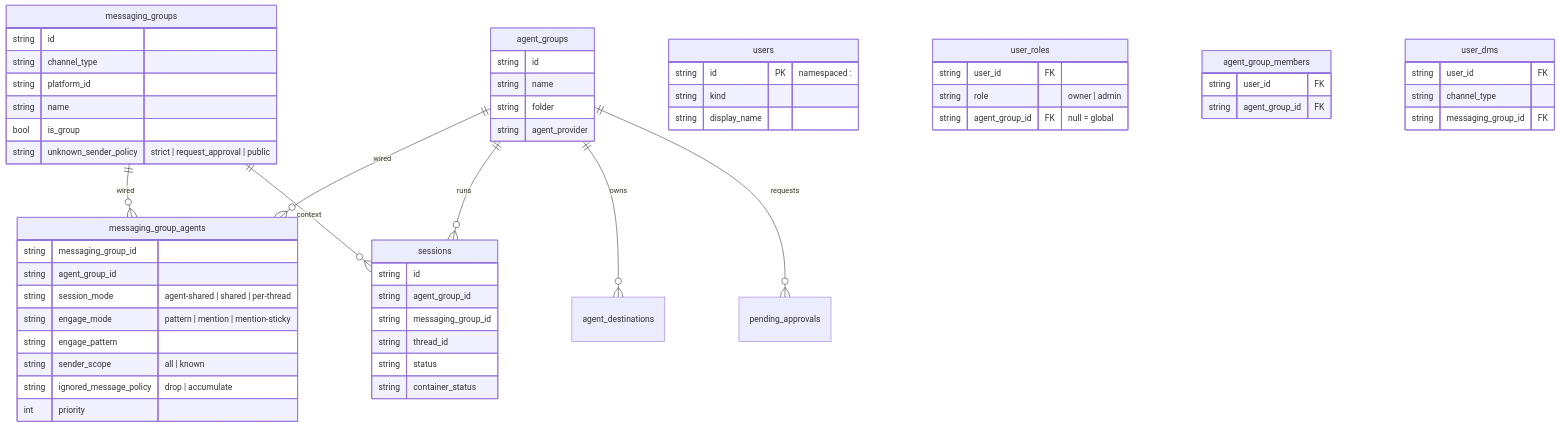
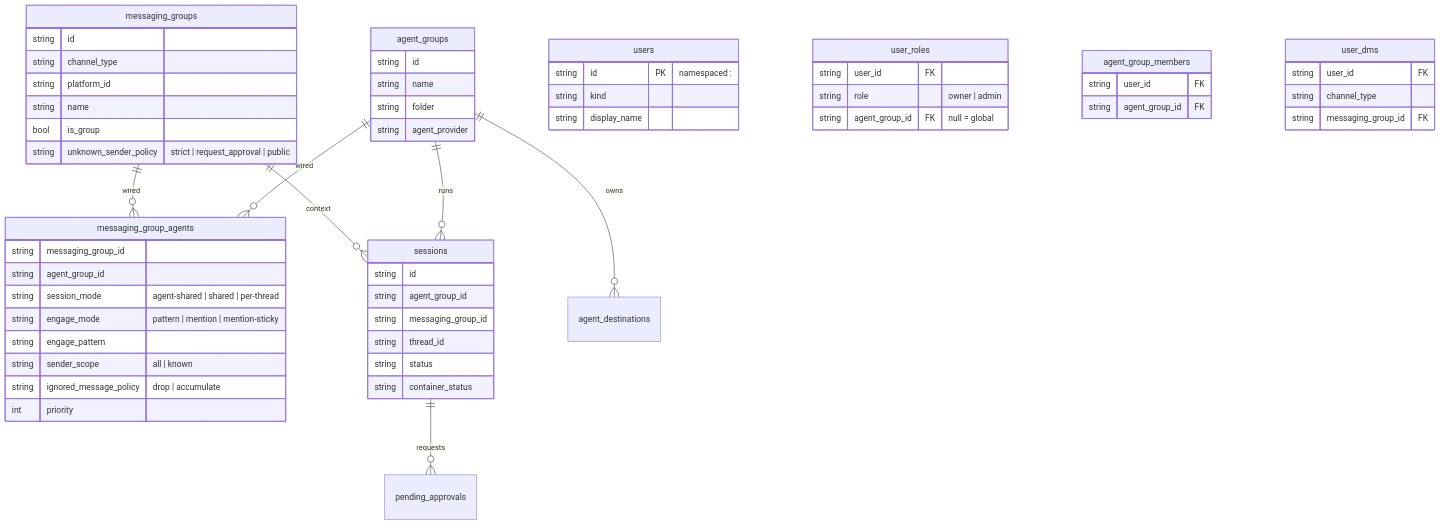
The fourth of 5 diagrams in docs/architecture-diagram.md (vlad-semenchuk/nanomika), drawn with Mermaid before and after one commit. The commit also changed other lines of this file and 4 other files, not shown here.

Commit message:
docs: fix schema and diagram details found in review

````diff
--- a/docs/architecture-diagram.md
+++ b/docs/architecture-diagram.md
@@ -126,61 +126,61 @@
 ```mermaid
 erDiagram
   agent_groups ||--o{ messaging_group_agents : wired
   messaging_groups ||--o{ messaging_group_agents : wired
   agent_groups ||--o{ sessions : runs
   messaging_groups ||--o{ sessions : context
   agent_groups ||--o{ agent_destinations : owns
-  agent_groups ||--o{ pending_approvals : requests
+  sessions ||--o{ pending_approvals : requests
 
   agent_groups {
     string id
     string name
     string folder
     string agent_provider
   }
   messaging_groups {
     string id
     string channel_type
     string platform_id
     string name
     bool is_group
     string unknown_sender_policy "strict | request_approval | public"
   }
   users {
     string id PK "namespaced <channel>:<handle>"
     string kind
     string display_name
   }
   user_roles {
     string user_id FK
     string role "owner | admin"
     string agent_group_id FK "null = global"
   }
   agent_group_members {
     string user_id FK
     string agent_group_id FK
   }
   user_dms {
     string user_id FK
     string channel_type
     string messaging_group_id FK
   }
   messaging_group_agents {
     string messaging_group_id
     string agent_group_id
     string session_mode "agent-shared | shared | per-thread"
     string engage_mode "pattern | mention | mention-sticky"
     string engage_pattern
     string sender_scope "all | known"
     string ignored_message_policy "drop | accumulate"
     int priority
   }
   sessions {
     string id
     string agent_group_id
     string messaging_group_id
     string thread_id
     string status
     string container_status
   }
 ```
````
